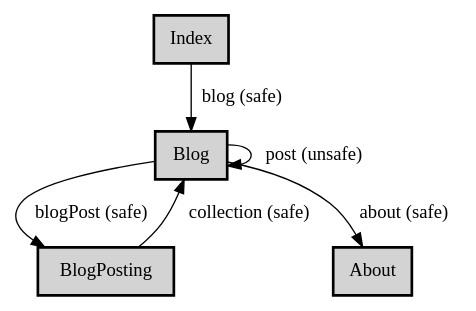
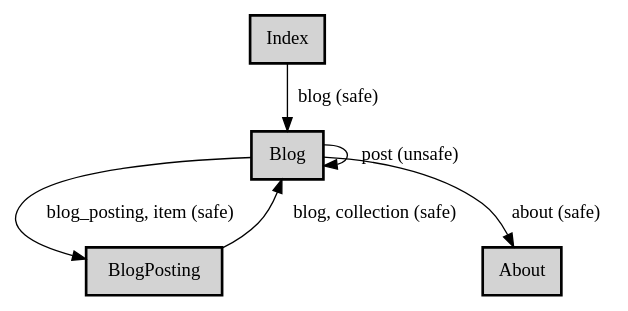
The diagram in application-state-diagram/asd.dot (koriym/restapp-spec-skeleton), drawn with Graphviz before and after one commit. The commit also changed 2 other files, not shown here.

```diff
--- a/application-state-diagram/asd.dot
+++ b/application-state-diagram/asd.dot
@@ -1,22 +1,22 @@
 digraph application_state_diagram {
     node [
       shape = box,
       style = "bold,filled"
     ];
 
     Index -> Blog [
         label = "blog (safe)"
     ];
     Blog -> BlogPosting [
-        label = "blogPost (safe)"
+        label = "blog_posting, item (safe)"
     ];
     BlogPosting -> Blog [
-        label = "collection (safe)"
+        label = "blog, collection (safe)"
     ];
     Blog -> Blog [
         label = "post (unsafe)"
     ];
     Blog -> About [
         label = "about (safe)"
     ];
 }
```
